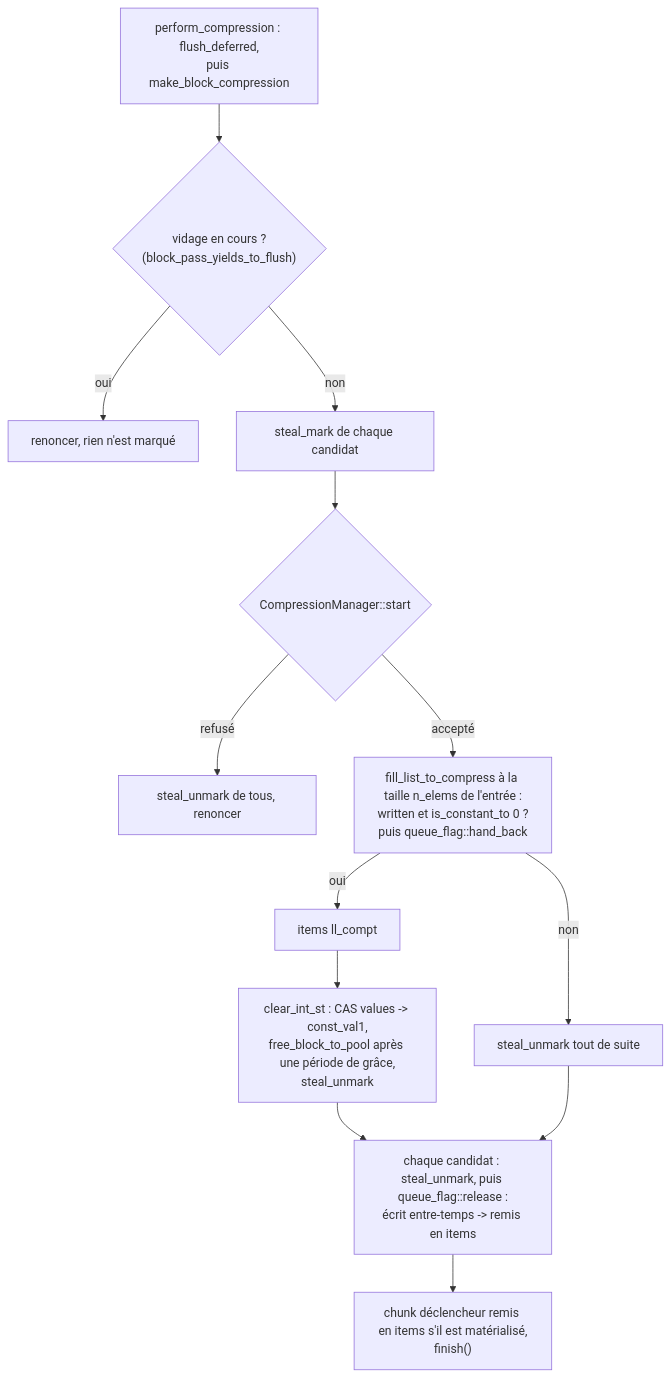
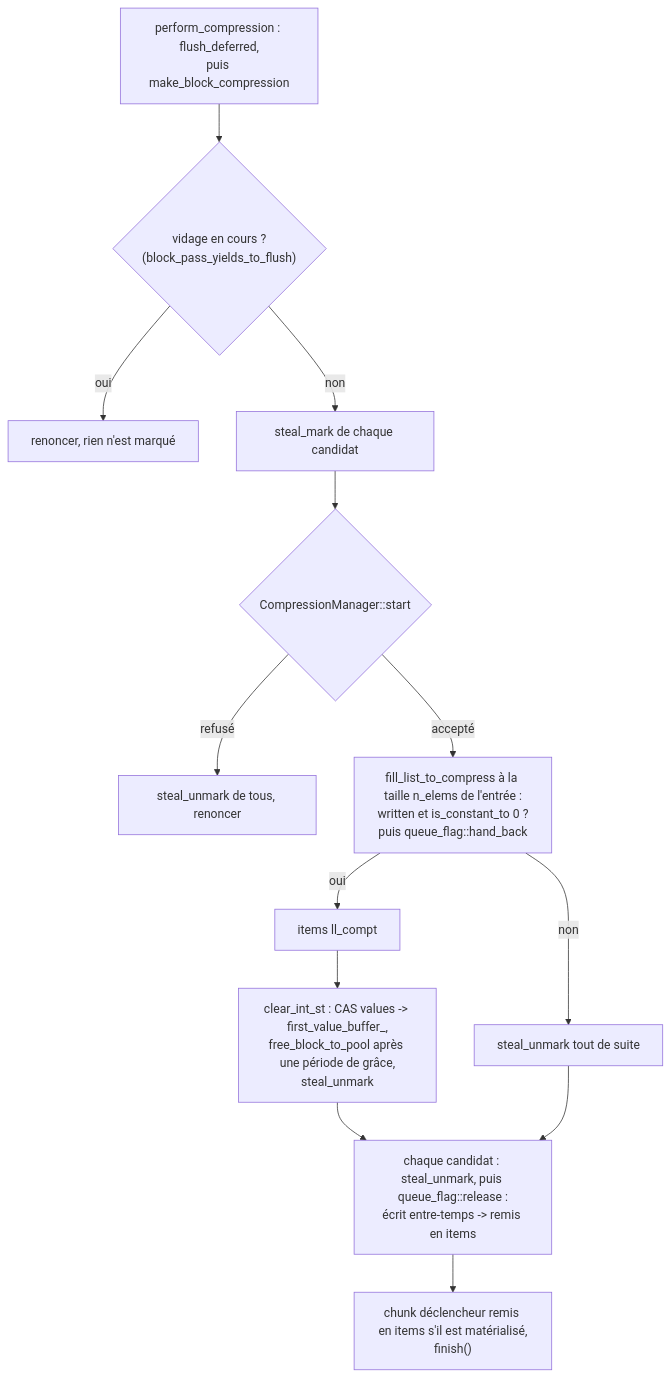
One commit to cea-hpc/shrink-array changed the second of 2 diagrams in docs/algo_zero_fr.md. Above: the diagram before and after it, drawn with Mermaid. The commit also changed other lines of this file and 79 other files, not shown here.

````diff
--- a/docs/algo_zero_fr.md
+++ b/docs/algo_zero_fr.md
@@ -124,15 +124,15 @@
 ```mermaid
 flowchart TD
     A["perform_compression : flush_deferred,<br/>puis make_block_compression"] --> B{"vidage en cours ?<br/>(block_pass_yields_to_flush)"}
     B -->|oui| B1["renoncer, rien n'est marqué"]
     B -->|non| C["steal_mark de chaque candidat"]
     C --> D{"CompressionManager::start"}
     D -->|refusé| D1["steal_unmark de tous, renoncer"]
     D -->|accepté| E["fill_list_to_compress à la taille n_elems de l'entrée :<br/>written et is_constant_to 0 ?<br/>puis queue_flag::hand_back"]
     E -->|oui| F["items ll_compt"]
     E -->|non| G["steal_unmark tout de suite"]
-    F --> H["clear_int_st : CAS values -> const_val1,<br/>free_block_to_pool après une période de grâce,<br/>steal_unmark"]
+    F --> H["clear_int_st : CAS values -> first_value_buffer_,<br/>free_block_to_pool après une période de grâce,<br/>steal_unmark"]
     H --> I["chaque candidat : steal_unmark, puis queue_flag::release :<br/>écrit entre-temps -> remis en items"]
     G --> I
     I --> J["chunk déclencheur remis en items s'il est matérialisé,<br/>finish()"]
 ```
````
